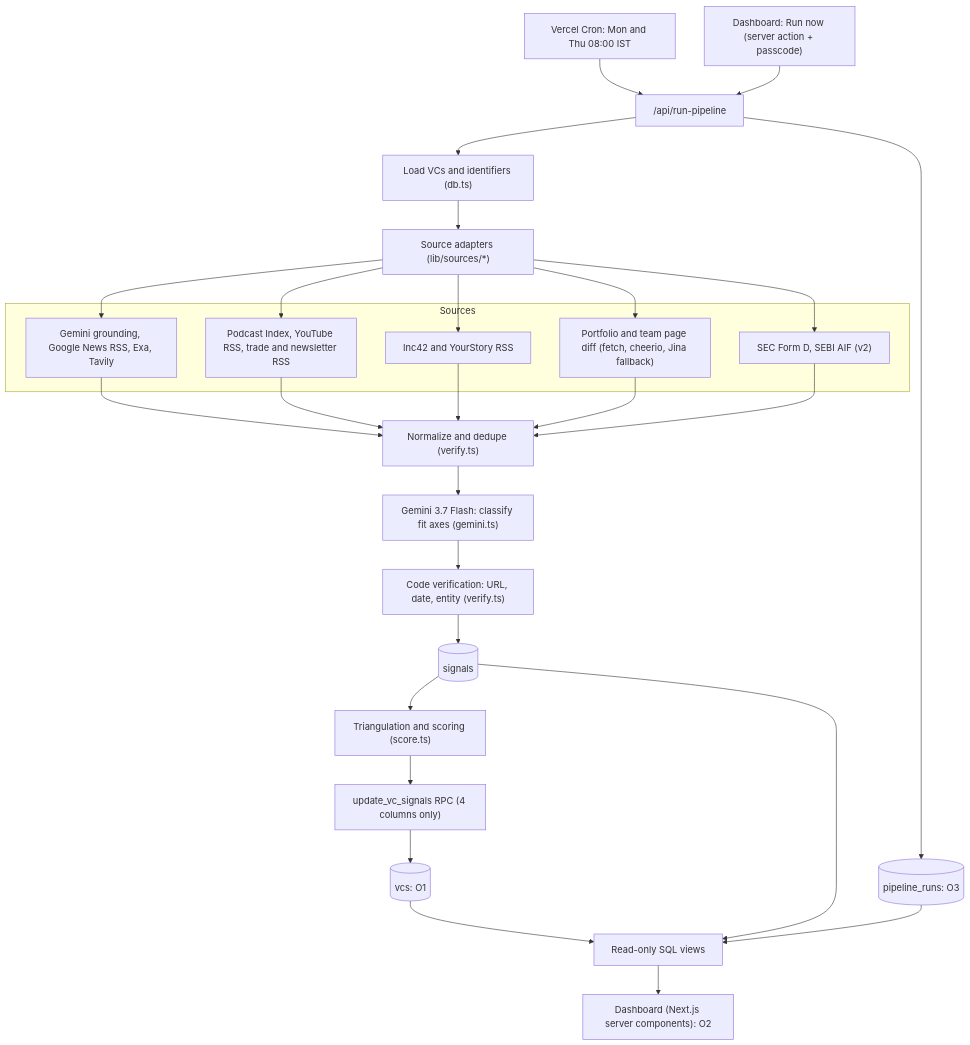
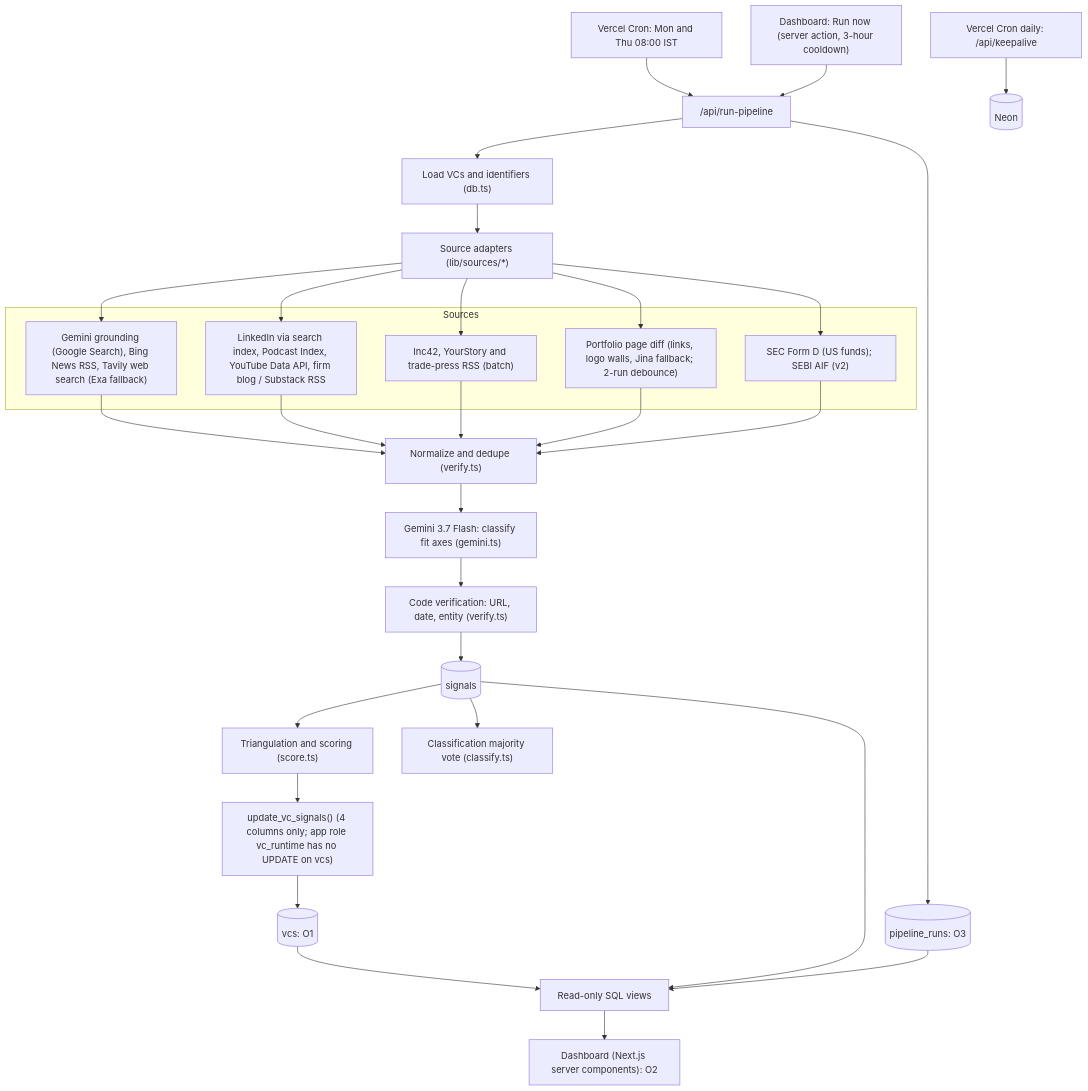
Before and after one commit to anudeeptatireddy-lgtm/vc-pipeline: the first of 2 diagrams in docs/components-map.md, drawn with Mermaid. The commit also changed other lines of this file and 9 other files, not shown here.

First line of the commit message:
Circuit breaker, Gemini items-only fallback, Components Map, UI checks

````diff
--- a/docs/components-map.md
+++ b/docs/components-map.md
@@ -20,41 +20,43 @@
 ```mermaid
 flowchart TD
   CRON["Vercel Cron: Mon and Thu 08:00 IST"] --> RUN["/api/run-pipeline"]
-  BTN["Dashboard: Run now (server action + passcode)"] --> RUN
+  BTN["Dashboard: Run now (server action, 3-hour cooldown)"] --> RUN
+  KEEP["Vercel Cron daily: /api/keepalive"] --> NEON[("Neon")]
 
   RUN --> LOAD["Load VCs and identifiers (db.ts)"]
   LOAD --> SRC["Source adapters (lib/sources/*)"]
 
   subgraph Sources
-    S1["Gemini grounding, Google News RSS, Exa, Tavily"]
-    S2["Podcast Index, YouTube RSS, trade and newsletter RSS"]
-    S3["Inc42 and YourStory RSS"]
-    S4["Portfolio and team page diff (fetch, cheerio, Jina fallback)"]
-    S5["SEC Form D, SEBI AIF (v2)"]
+    S1["Gemini grounding (Google Search), Bing News RSS, Tavily web search (Exa fallback)"]
+    S2["LinkedIn via search index, Podcast Index, YouTube Data API, firm blog / Substack RSS"]
+    S3["Inc42, YourStory and trade-press RSS (batch)"]
+    S4["Portfolio page diff (links, logo walls, Jina fallback; 2-run debounce)"]
+    S5["SEC Form D (US funds); SEBI AIF (v2)"]
   end
 
   SRC --> S1
   SRC --> S2
   SRC --> S3
   SRC --> S4
   SRC --> S5
 
   S1 --> NORM["Normalize and dedupe (verify.ts)"]
   S2 --> NORM
   S3 --> NORM
   S4 --> NORM
   S5 --> NORM
 
   NORM --> LLM["Gemini 3.7 Flash: classify fit axes (gemini.ts)"]
   LLM --> VER["Code verification: URL, date, entity (verify.ts)"]
   VER --> SIG[("signals")]
   SIG --> SCORE["Triangulation and scoring (score.ts)"]
-  SCORE --> RPC["update_vc_signals RPC (4 columns only)"]
+  SIG --> VOTE["Classification majority vote (classify.ts)"]
+  SCORE --> RPC["update_vc_signals() (4 columns only; app role vc_runtime has no UPDATE on vcs)"]
   RPC --> VCS[("vcs: O1")]
   RUN --> LOG[("pipeline_runs: O3")]
 
   VCS --> VIEWS["Read-only SQL views"]
   SIG --> VIEWS
   LOG --> VIEWS
   VIEWS --> DASH["Dashboard (Next.js server components): O2"]
 ```
````
